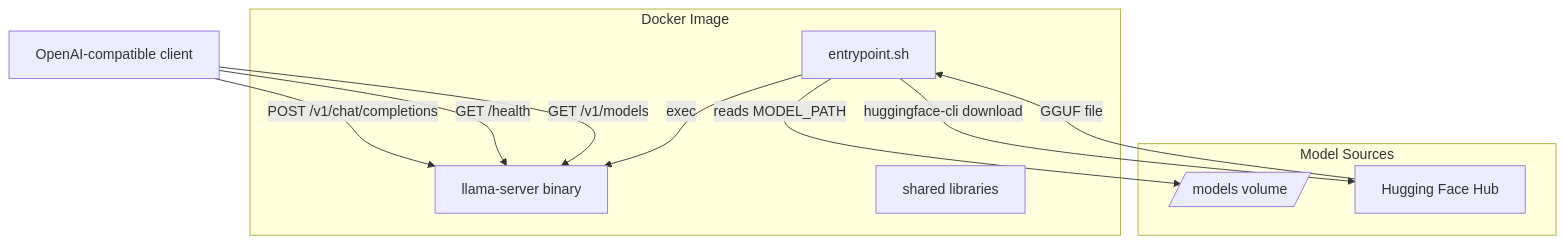
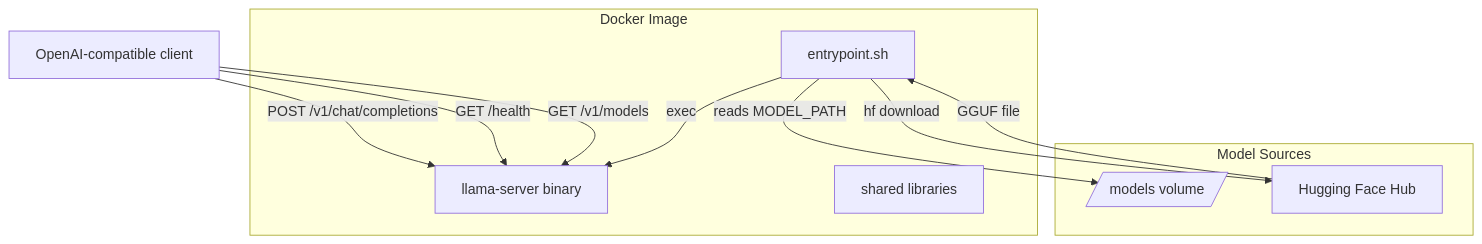
One commit to estebanjosse/bitnet-openai-proxy changed the first of 3 diagrams in .kiro/specs/bitnet-openai-proxy/design.md. Above: the diagram before and after it, drawn with Mermaid. The commit also changed other lines of this file and 1 other file, not shown here.

Commit message:
spec: rename huggingface-cli to hf

````diff
--- a/.kiro/specs/bitnet-openai-proxy/design.md
+++ b/.kiro/specs/bitnet-openai-proxy/design.md
@@ -17,22 +17,22 @@
 ```mermaid
 graph TD
     subgraph Docker Image
         EP[entrypoint.sh]
         LS[llama-server binary]
         LIBS[shared libraries]
     end
 
     subgraph Model Sources
         VOL[/models volume/]
         HF[Hugging Face Hub]
     end
 
     CLIENT[OpenAI-compatible client] -->|POST /v1/chat/completions| LS
     CLIENT -->|GET /health| LS
     CLIENT -->|GET /v1/models| LS
 
     EP -->|exec| LS
     EP -->|reads MODEL_PATH| VOL
-    EP -->|huggingface-cli download| HF
+    EP -->|hf download| HF
     HF -->|GGUF file| EP
 ```
````
